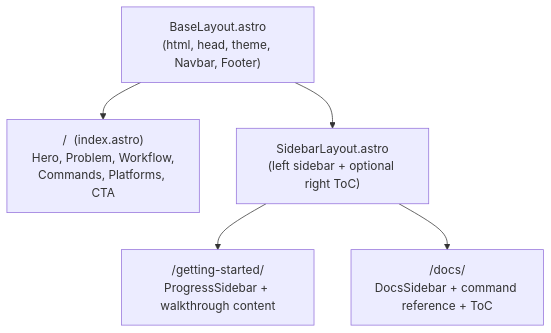
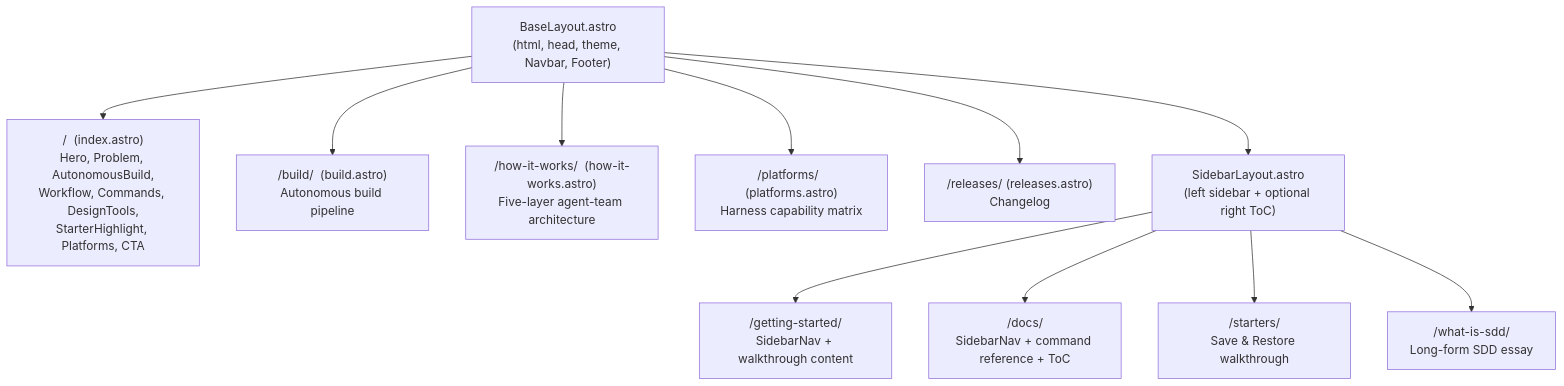
Before and after one commit to gballer77/gspec: the diagram in website/gspec/architecture.md, drawn with Mermaid. The commit also changed other lines of this file and 23 other files, not shown here.

First line of the commit message:
Update website for gspec 2.0: autonomous build, new platforms and pages

````diff
--- a/website/gspec/architecture.md
+++ b/website/gspec/architecture.md
@@ -110,8 +122,14 @@
 ```mermaid
 graph TD
     BaseLayout["BaseLayout.astro<br/>(html, head, theme, Navbar, Footer)"]
-    BaseLayout --> HomePage["/  (index.astro)<br/>Hero, Problem, Workflow,<br/>Commands, Platforms, CTA"]
+    BaseLayout --> HomePage["/  (index.astro)<br/>Hero, Problem, AutonomousBuild,<br/>Workflow, Commands, DesignTools,<br/>StarterHighlight, Platforms, CTA"]
+    BaseLayout --> BuildPage["/build/  (build.astro)<br/>Autonomous build pipeline"]
+    BaseLayout --> HowItWorks["/how-it-works/  (how-it-works.astro)<br/>Five-layer agent-team architecture"]
+    BaseLayout --> Platforms["/platforms/  (platforms.astro)<br/>Harness capability matrix"]
+    BaseLayout --> Releases["/releases/  (releases.astro)<br/>Changelog"]
     BaseLayout --> SidebarLayout["SidebarLayout.astro<br/>(left sidebar + optional right ToC)"]
-    SidebarLayout --> GettingStarted["/getting-started/<br/>ProgressSidebar + walkthrough content"]
-    SidebarLayout --> Docs["/docs/<br/>DocsSidebar + command reference + ToC"]
+    SidebarLayout --> GettingStarted["/getting-started/<br/>SidebarNav + walkthrough content"]
+    SidebarLayout --> Docs["/docs/<br/>SidebarNav + command reference + ToC"]
+    SidebarLayout --> Starters["/starters/<br/>Save & Restore walkthrough"]
+    SidebarLayout --> WhatIsSdd["/what-is-sdd/<br/>Long-form SDD essay"]
 ```
````
